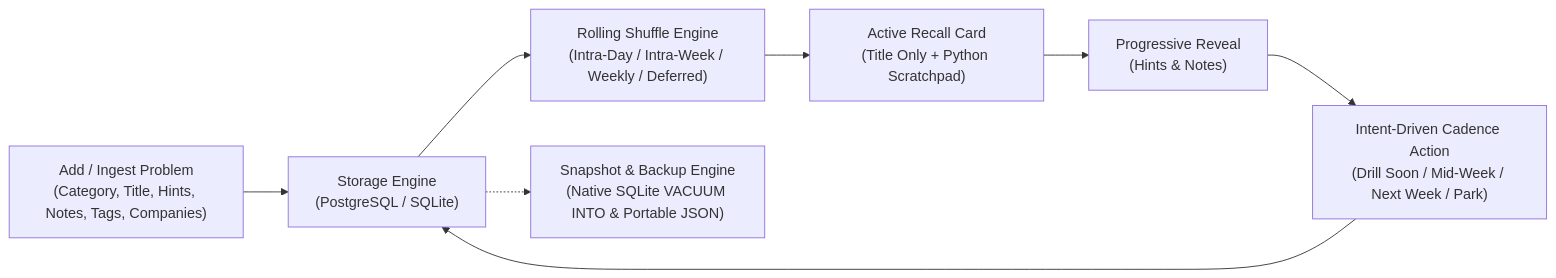
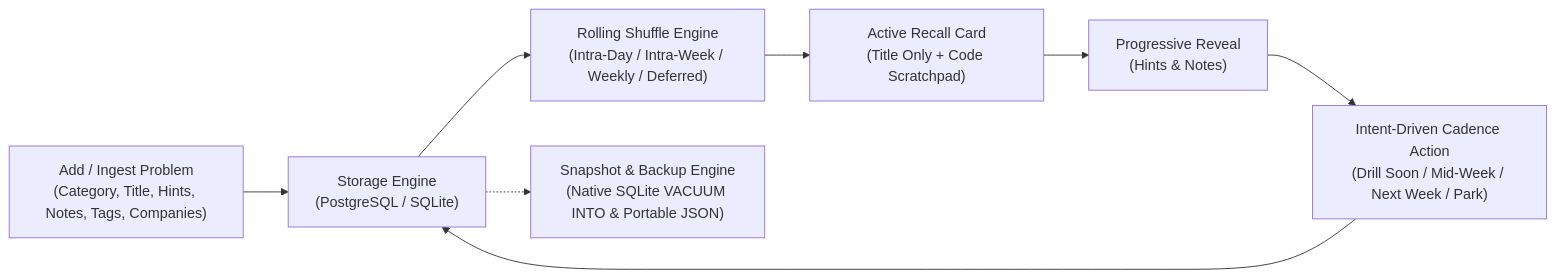
One commit to 92fueler/brain_shuffle changed the first of 6 diagrams in docs/DESIGN.md. Above: the diagram before and after it, drawn with Mermaid. The commit also changed other lines of this file and 18 other files, not shown here.

````diff
--- a/docs/DESIGN.md
+++ b/docs/DESIGN.md
@@ -13,10 +13,11 @@
 ```mermaid
 flowchart LR
     A["Add / Ingest Problem\n(Category, Title, Hints, Notes, Tags, Companies)"] --> B["Storage Engine\n(PostgreSQL / SQLite)"]
     B --> C["Rolling Shuffle Engine\n(Intra-Day / Intra-Week / Weekly / Deferred)"]
-    C --> D["Active Recall Card\n(Title Only + Python Scratchpad)"]
+    D["Active Recall Card\n(Title Only + Code Scratchpad)"]
+    C --> D
     D --> E["Progressive Reveal\n(Hints & Notes)"]
     E --> F["Intent-Driven Cadence Action\n(Drill Soon / Mid-Week / Next Week / Park)"]
     F --> B
     B -.-> G["Snapshot & Backup Engine\n(Native SQLite VACUUM INTO & Portable JSON)"]
 ```
````
